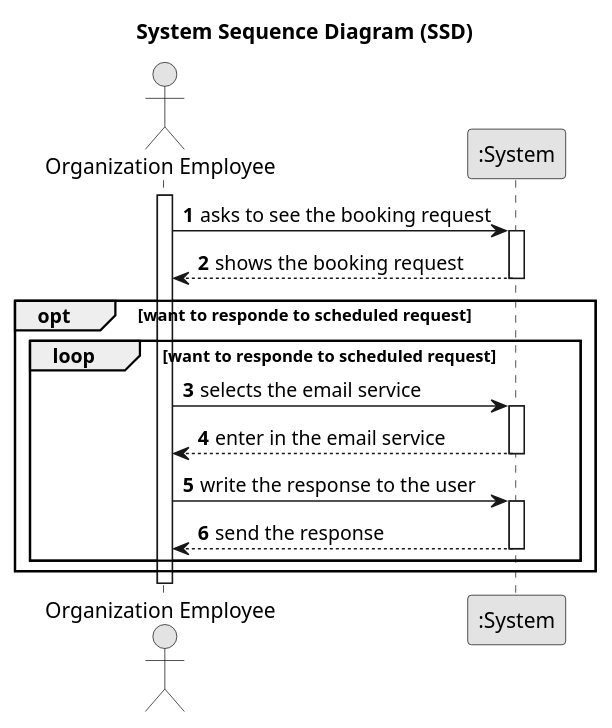
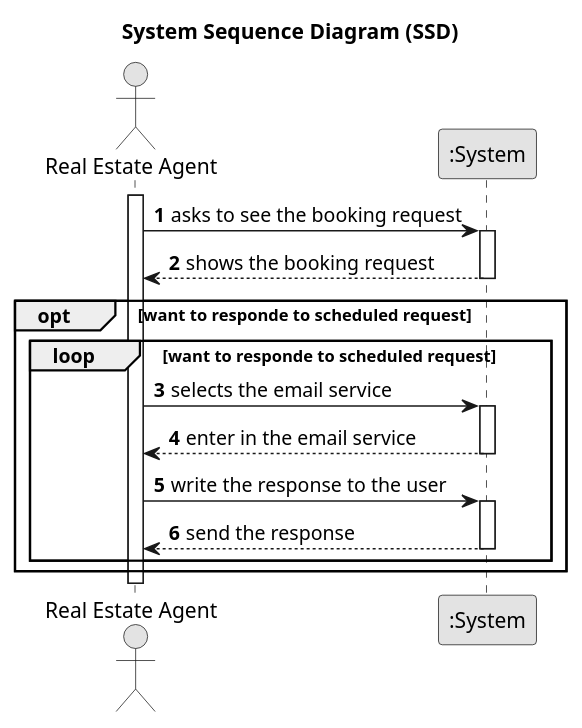
The diagram in docs/Sprint-D/US016/01.requirements-engineering/puml/us016-system-sequence-diagram.puml (Rodrick0209/ISEP-LAPR2-22-23), drawn with PlantUML before and after one commit. The commit also changed 26 other files, not shown here.

```diff
--- a/docs/Sprint-D/US016/01.requirements-engineering/puml/us016-system-sequence-diagram.puml
+++ b/docs/Sprint-D/US016/01.requirements-engineering/puml/us016-system-sequence-diagram.puml
@@ -1,38 +1,38 @@
 @startuml
 skinparam monochrome true
 skinparam packageStyle rectangle
 skinparam shadowing false
 
 title System Sequence Diagram (SSD)
 
 autonumber
 
-actor "Organization Employee" as Employee
+actor "Real Estate Agent" as Agent
 participant ":System" as System
 
-activate Employee
+activate Agent
 
-    Employee -> System : asks to see the booking request
+    Agent -> System : asks to see the booking request
     activate System
 
-        System --> Employee : shows the booking request
+        System --> Agent : shows the booking request
     deactivate System
 
 opt want to responde to scheduled request
 loop want to responde to scheduled request
-    Employee -> System : selects the email service
+    Agent -> System : selects the email service
         activate System
 
-        System --> Employee : enter in the email service
+        System --> Agent : enter in the email service
     deactivate System
 
-    Employee -> System : write the response to the user
+    Agent -> System : write the response to the user
     activate System
 
-        System --> Employee : send the response
+        System --> Agent : send the response
     deactivate System
 
  end
  end
 
 @enduml
```
